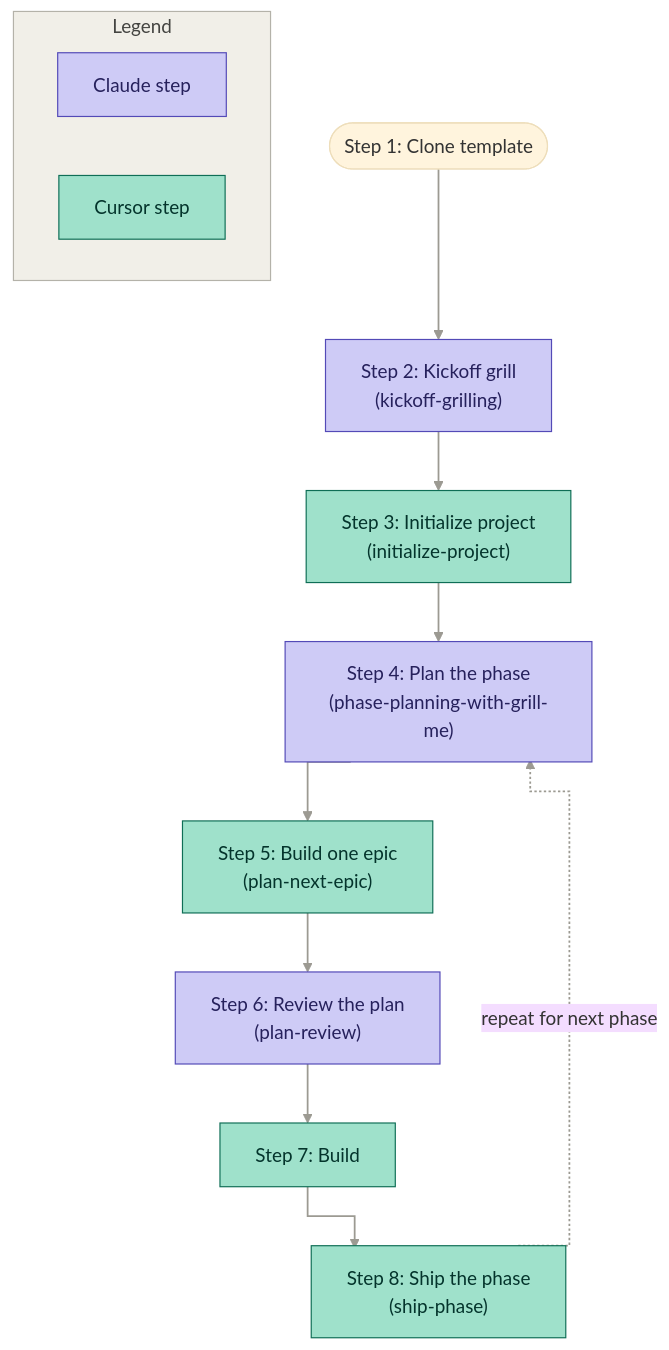
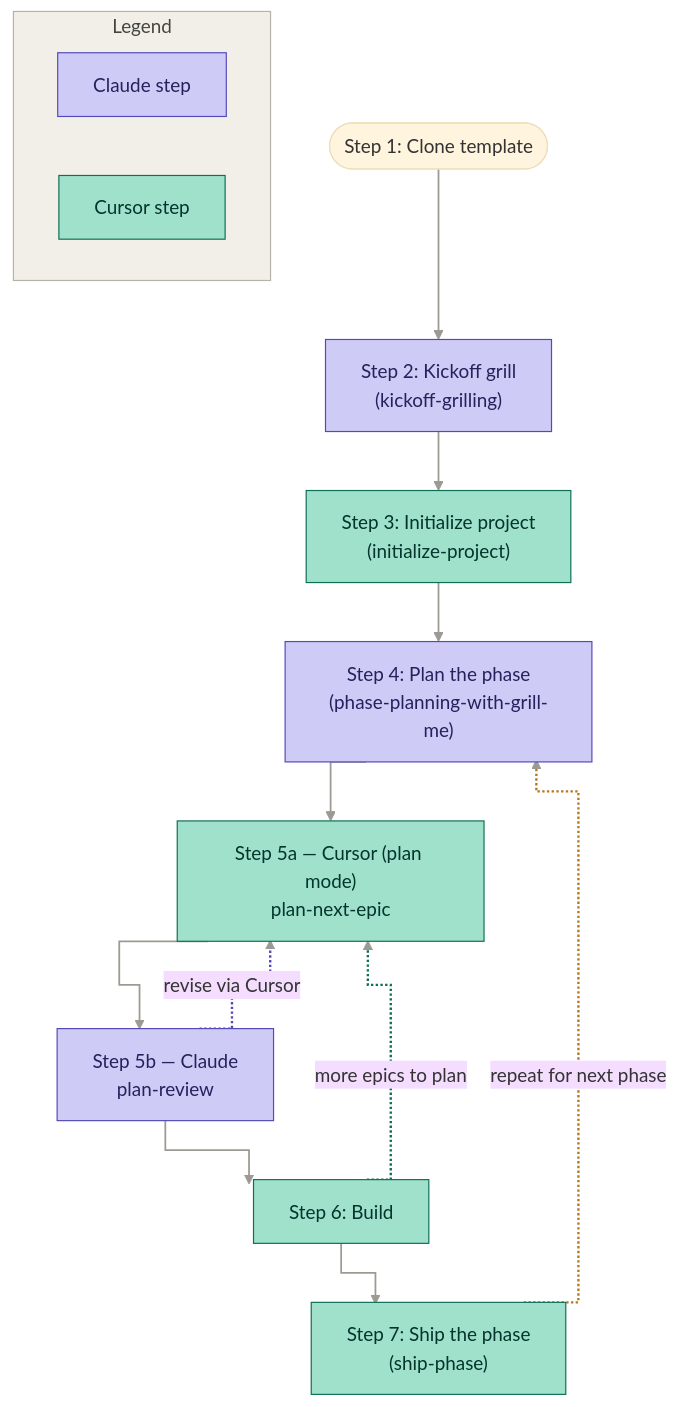
The diagram in docs/WORKFLOW_GUIDE.md (aaronwllms/seminova), drawn with Mermaid (base theme) before and after one commit. The commit also changed other lines of this file, not shown here.

First line of the commit message:
docs: document plan-review subloop and renumber workflow steps

````diff
--- a/docs/WORKFLOW_GUIDE.md
+++ b/docs/WORKFLOW_GUIDE.md
@@ -119,30 +119,35 @@
 ```mermaid
 %%{init: {'flowchart': {'curve': 'stepAfter'}}}%%
 flowchart TD
     Start(["Step 1: Clone template"])
     KG["Step 2: Kickoff grill<br/>(kickoff-grilling)"]
     IP["Step 3: Initialize project<br/>(initialize-project)"]
     PP["Step 4: Plan the phase<br/>(phase-planning-with-grill-me)"]
-    BE["Step 5: Build one epic<br/>(plan-next-epic)"]
-    PR["Step 6: Review the plan<br/>(plan-review)"]
-    BD["Step 7: Build"]
-    SP["Step 8: Ship the phase<br/>(ship-phase)"]
+    P5["Step 5a — Cursor (plan mode)<br/>plan-next-epic"]
+    R5["Step 5b — Claude<br/>plan-review"]
+    BD["Step 6: Build"]
+    SP["Step 7: Ship the phase<br/>(ship-phase)"]
 
-    Start --> KG --> IP --> PP --> BE --> PR --> BD --> SP
+    Start --> KG --> IP --> PP --> P5 --> R5 --> BD --> SP
+    R5 -.->|"revise via Cursor"| P5
+    BD -.->|"more epics to plan"| P5
     SP -.->|"repeat for next phase"| PP
 
     subgraph Legend["Legend"]
         direction LR
         L1["Claude step"]
         L2["Cursor step"]
     end
 
     classDef claudeStep fill:#CECBF6,stroke:#534AB7,color:#26215C
     classDef cursorStep fill:#9FE1CB,stroke:#0F6E56,color:#04342C
-    class KG,PP,PR claudeStep
-    class IP,BE,BD,SP cursorStep
+    class KG,PP,R5 claudeStep
+    class IP,BD,SP,P5 cursorStep
     class L1 claudeStep
     class L2 cursorStep
     style Legend fill:#F1EFE8,stroke:#B4B2A9,color:#444441
     linkStyle default stroke:#9c9a92,stroke-width:1.5px
+    linkStyle 7 stroke:#534AB7,stroke-width:2px
+    linkStyle 8 stroke:#0F6E56,stroke-width:2px
+    linkStyle 9 stroke:#B7791F,stroke-width:2px
 ```
````
